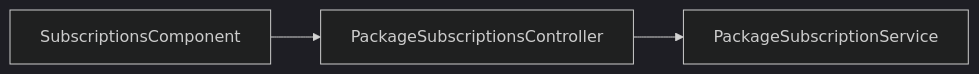
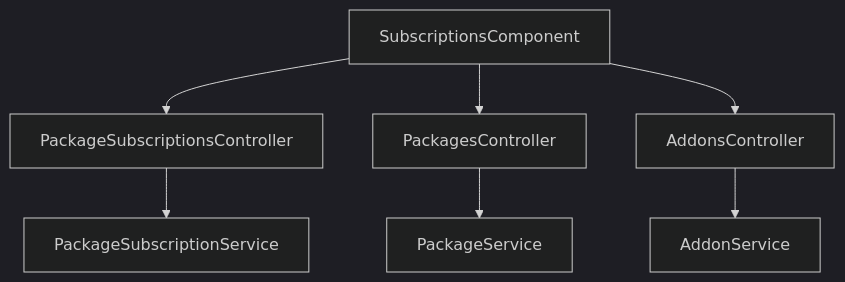
One commit to ermanjeetsingh777/Lexora changed the diagram in docs/workflow/subscriptions-workflow.md. Above: the diagram before and after it, drawn with Mermaid (dark theme). The commit also changed other lines of this file and 52 other files, not shown here.

First line of the commit message:
Enhance package and addon management features

````diff
--- a/docs/workflow/subscriptions-workflow.md
+++ b/docs/workflow/subscriptions-workflow.md
@@ -13,5 +13,9 @@
 ```mermaid
-flowchart LR
-  UI[SubscriptionsComponent] --> API[PackageSubscriptionsController]
-  API --> SVC[PackageSubscriptionService]
+flowchart TD
+  UI[SubscriptionsComponent] --> API1[PackageSubscriptionsController]
+  UI --> API2[PackagesController]
+  UI --> API3[AddonsController]
+  API1 --> SVC1[PackageSubscriptionService]
+  API2 --> SVC2[PackageService]
+  API3 --> SVC3[AddonService]
 ```
````
